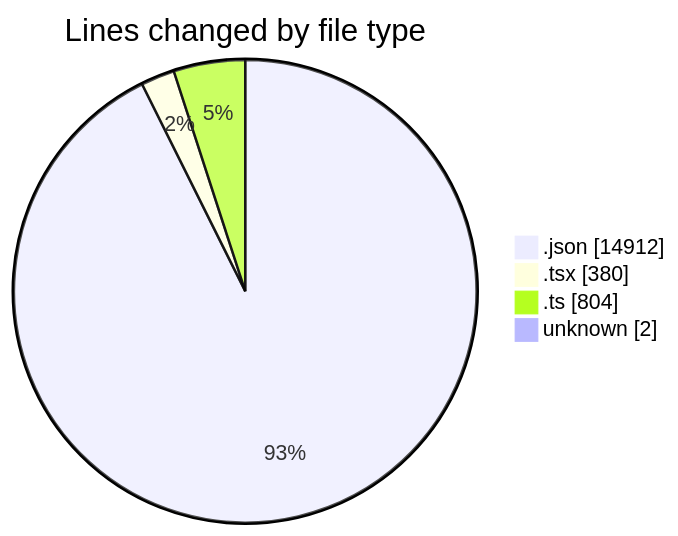
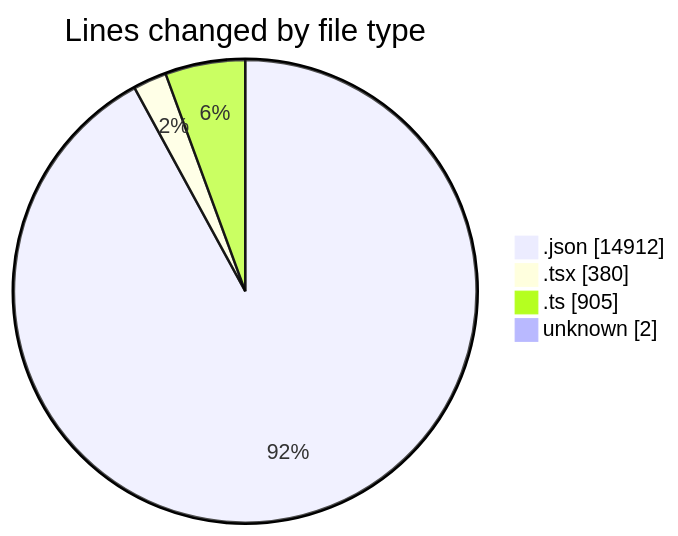
One commit to julien-gomy/code-tracking changed the first of 2 diagrams in 2025-11-19/eventscop-frontend-guide__workspace_/README.md. Above: the diagram before and after it, drawn with Mermaid. The commit also changed other lines of this file and 1 other file, not shown here.

````diff
--- a/2025-11-19/eventscop-frontend-guide__workspace_/README.md
+++ b/2025-11-19/eventscop-frontend-guide__workspace_/README.md
@@ -48,8 +49,8 @@
 ```mermaid
 pie showData
 title Lines changed by file type
 ".json" : 14912
 ".tsx" : 380
-".ts" : 804
+".ts" : 905
 "unknown" : 2
 ```
````
